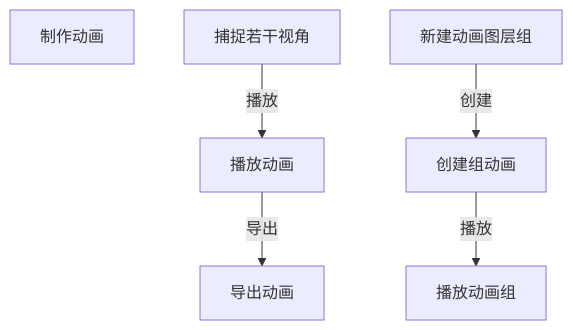
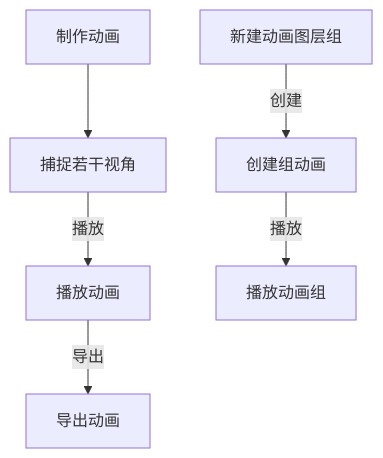
Before and after one commit to newguser/iodraw-files: the diagram in all/未命名.md, drawn with Mermaid.

Commit message:
2025-02-27 22:03:12 update

````diff
--- a/all/未命名.md
+++ b/all/未命名.md
@@ -1,10 +1,10 @@
 ```mermaid
 graph TD
-        A0[制作动画]
+        A0[制作动画]-->
         A[捕捉若干视角] -->|播放| B[播放动画]
         B -->|导出| C[导出动画]
 
         D[新建动画图层组] -->|创建| E[创建组动画]
         E -->|播放| F[播放动画组]
 
 ```
````
